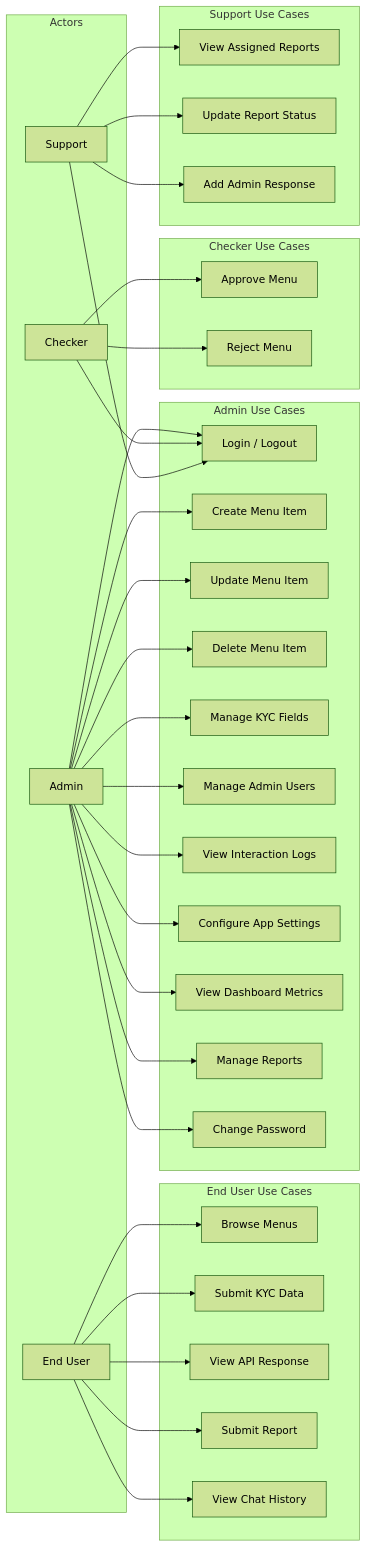
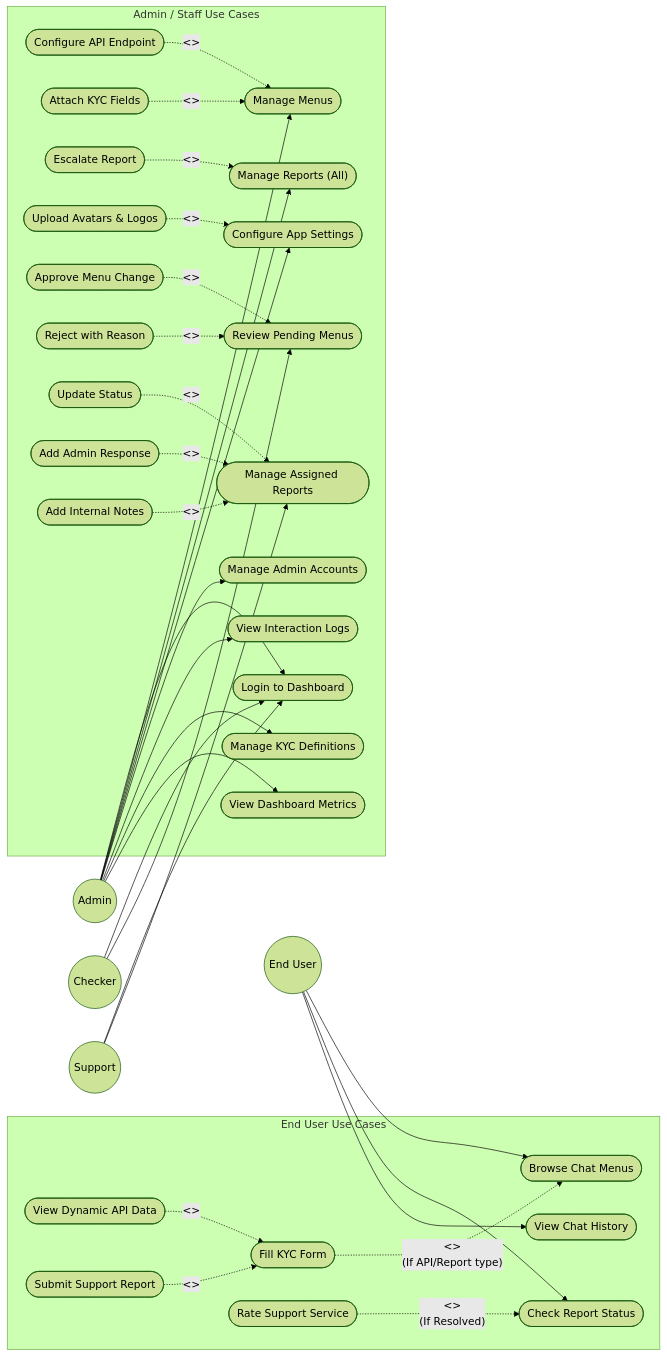
Before and after one commit to Tadelachewu/nibbotfinal: the first of 3 diagrams in docs/LLD.md, drawn with Mermaid (forest theme). The commit also changed other lines of this file and 3 other files, not shown here.

````diff
--- a/docs/LLD.md
+++ b/docs/LLD.md
@@ -138,69 +138,87 @@
 ```mermaid
-graph LR
-    subgraph Actors
-        EU["End User"]
-        AD["Admin"]
-        CK["Checker"]
-        SP["Support"]
+flowchart LR
+    %% Actors
+    EU(("End User"))
+    AD(("Admin"))
+    CK(("Checker"))
+    SP(("Support"))
+
+    %% End User Use Cases
+    subgraph "End User Use Cases"
+        EU_UC1(["Browse Chat Menus"])
+        EU_UC2(["Fill KYC Form"])
+        EU_UC3(["View Dynamic API Data"])
+        EU_UC4(["Submit Support Report"])
+        EU_UC5(["Check Report Status"])
+        EU_UC6(["Rate Support Service"])
+        EU_UC7(["View Chat History"])
     end
 
-    subgraph "End User Use Cases"
-        UC1["Browse Menus"]
-        UC2["Submit KYC Data"]
-        UC3["View API Response"]
-        UC4["Submit Report"]
-        UC5["View Chat History"]
+    EU --> EU_UC1
+    EU --> EU_UC5
+    EU --> EU_UC7
+
+    EU_UC2 -. "<<extend>>\n(If API/Report type)" .-> EU_UC1
+    EU_UC3 -. "<<include>>" .-> EU_UC2
+    EU_UC4 -. "<<include>>" .-> EU_UC2
+    EU_UC6 -. "<<extend>>\n(If Resolved)" .-> EU_UC5
+
+    %% System Actor (Admin/Checker/Support)
+    subgraph "Admin / Staff Use Cases"
+        SYS_UC1(["Login to Dashboard"])
+        
+        %% Admin specific
+        AD_UC1(["Manage Menus"])
+        AD_UC1_1(["Configure API Endpoint"])
+        AD_UC1_2(["Attach KYC Fields"])
+        
+        AD_UC2(["Manage Reports (All)"])
+        AD_UC2_1(["Escalate Report"])
+        
+        AD_UC3(["Configure App Settings"])
+        AD_UC3_1(["Upload Avatars & Logos"])
+        
+        AD_UC4(["Manage Admin Accounts"])
+        AD_UC5(["View Interaction Logs"])
+        AD_UC6(["Manage KYC Definitions"])
+        AD_UC7(["View Dashboard Metrics"])
+        
+        %% Checker specific
+        CK_UC1(["Review Pending Menus"])
+        CK_UC1_1(["Approve Menu Change"])
+        CK_UC1_2(["Reject with Reason"])
+        
+        %% Support specific
+        SP_UC1(["Manage Assigned Reports"])
+        SP_UC1_1(["Update Status"])
+        SP_UC1_2(["Add Admin Response"])
+        SP_UC1_3(["Add Internal Notes"])
     end
 
-    subgraph "Admin Use Cases"
-        UC6["Login / Logout"]
-        UC7["Create Menu Item"]
-        UC8["Update Menu Item"]
-        UC9["Delete Menu Item"]
-        UC10["Manage KYC Fields"]
-        UC11["Manage Admin Users"]
-        UC12["View Interaction Logs"]
-        UC13["Configure App Settings"]
-        UC14["View Dashboard Metrics"]
-        UC15["Manage Reports"]
-        UC16["Change Password"]
-    end
+    AD --> SYS_UC1
+    CK --> SYS_UC1
+    SP --> SYS_UC1
 
-    subgraph "Checker Use Cases"
-        UC17["Approve Menu"]
-        UC18["Reject Menu"]
-    end
+    AD --> AD_UC1
+    AD --> AD_UC2
+    AD --> AD_UC3
+    AD --> AD_UC4
+    AD --> AD_UC5
+    AD --> AD_UC6
+    AD --> AD_UC7
 
-    subgraph "Support Use Cases"
-        UC19["View Assigned Reports"]
-        UC20["Update Report Status"]
-        UC21["Add Admin Response"]
-    end
+    AD_UC1_1 -. "<<include>>" .-> AD_UC1
+    AD_UC1_2 -. "<<include>>" .-> AD_UC1
+    
+    AD_UC2_1 -. "<<extend>>" .-> AD_UC2
+    AD_UC3_1 -. "<<include>>" .-> AD_UC3
 
-    EU --> UC1
-    EU --> UC2
-    EU --> UC3
-    EU --> UC4
-    EU --> UC5
+    CK --> CK_UC1
+    CK_UC1_1 -. "<<extend>>" .-> CK_UC1
+    CK_UC1_2 -. "<<extend>>" .-> CK_UC1
 
-    AD --> UC6
-    AD --> UC7
-    AD --> UC8
-    AD --> UC9
-    AD --> UC10
-    AD --> UC11
-    AD --> UC12
-    AD --> UC13
-    AD --> UC14
-    AD --> UC15
-    AD --> UC16
-
-    CK --> UC6
-    CK --> UC17
-    CK --> UC18
-
-    SP --> UC6
-    SP --> UC19
-    SP --> UC20
-    SP --> UC21
+    SP --> SP_UC1
+    SP_UC1_1 -. "<<include>>" .-> SP_UC1
+    SP_UC1_2 -. "<<include>>" .-> SP_UC1
+    SP_UC1_3 -. "<<include>>" .-> SP_UC1
 ```
````
